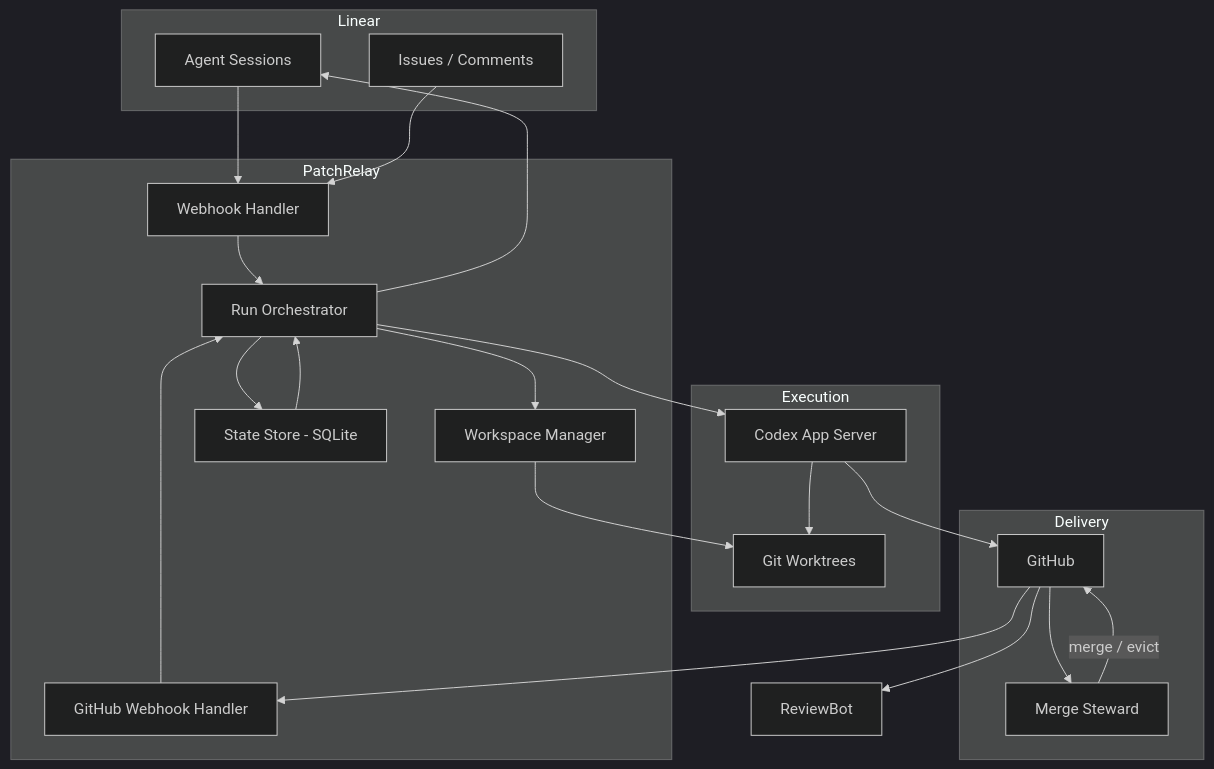
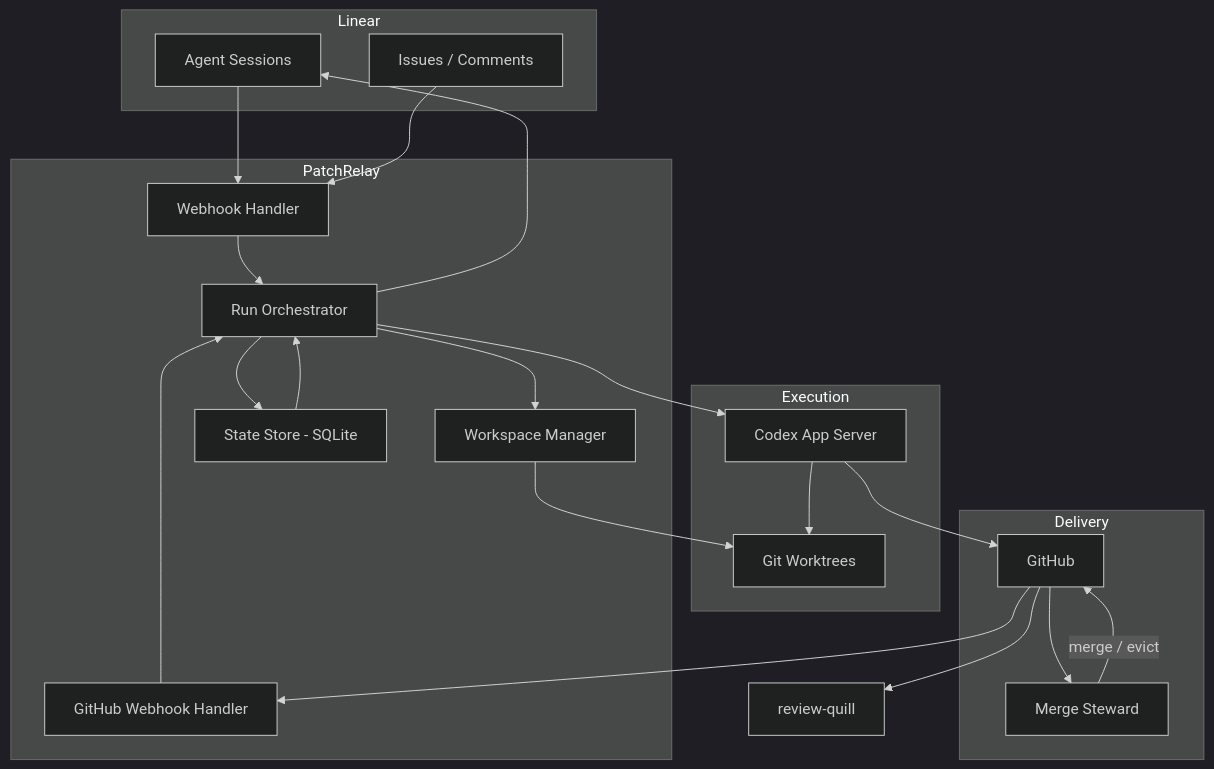
The diagram in docs/architecture.md (krasnoperov/patchrelay), drawn with Mermaid (dark theme) before and after one commit. The commit also changed other lines of this file and 5 other files, not shown here.

First line of the commit message:
docs: consolidate root ARCHITECTURE/PRODUCT_SPEC, fix stale naming

````diff
--- a/docs/architecture.md
+++ b/docs/architecture.md
@@ -39,42 +49,42 @@
 ```mermaid
 flowchart TB
   subgraph Linear
     LS[Agent Sessions]
     LI[Issues / Comments]
   end
 
   subgraph PatchRelay
     WH[Webhook Handler]
     GWH[GitHub Webhook Handler]
     RO[Run Orchestrator]
     WM[Workspace Manager]
     ST[State Store - SQLite]
   end
 
   subgraph Execution
     CR[Codex App Server]
     WT[Git Worktrees]
   end
 
   subgraph Delivery
     GH[GitHub]
     MS[Merge Steward]
   end
 
   LS --> WH
   LI --> WH
   WH --> RO
   RO --> WM
   RO --> CR
   WM --> WT
   CR --> WT
   CR --> GH
   GH --> GWH
   GWH --> RO
   RO --> ST
   ST --> RO
   RO --> LS
-  GH --> RB[ReviewBot]
+  GH --> RQ[review-quill]
   GH --> MS[Merge Steward]
   MS -->|merge / evict| GH
 ```
````
